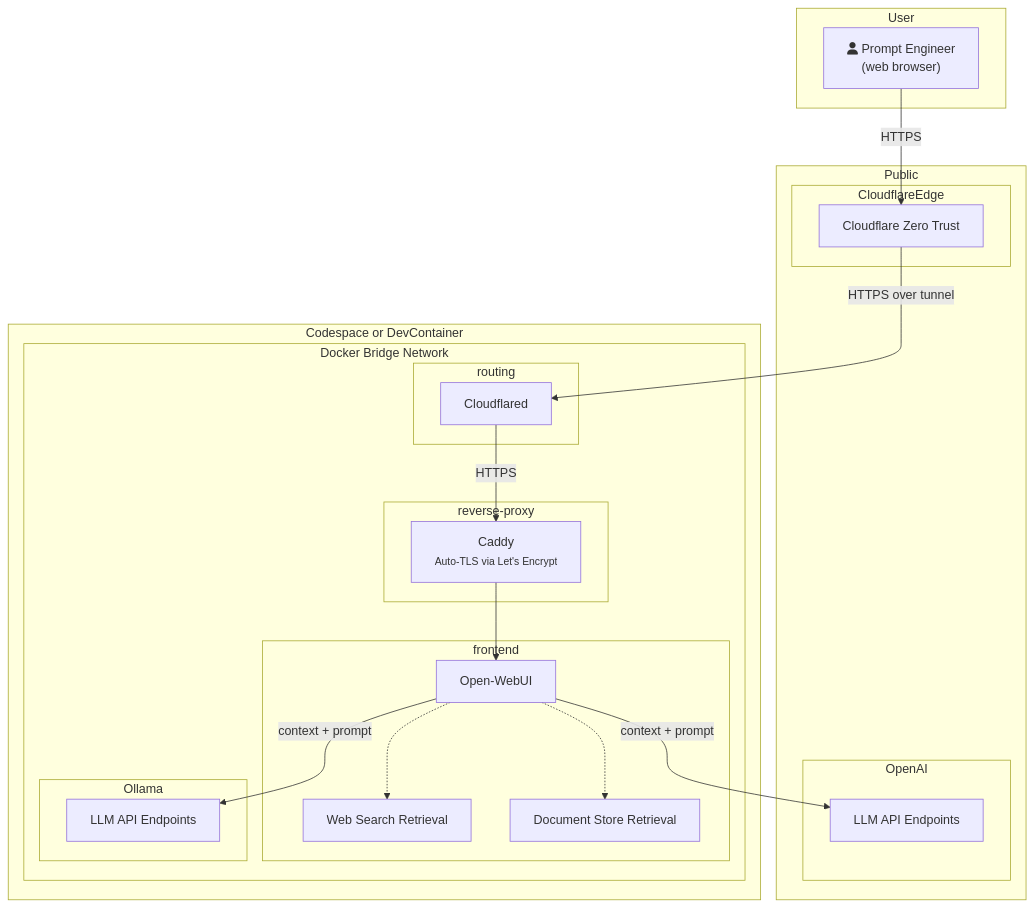
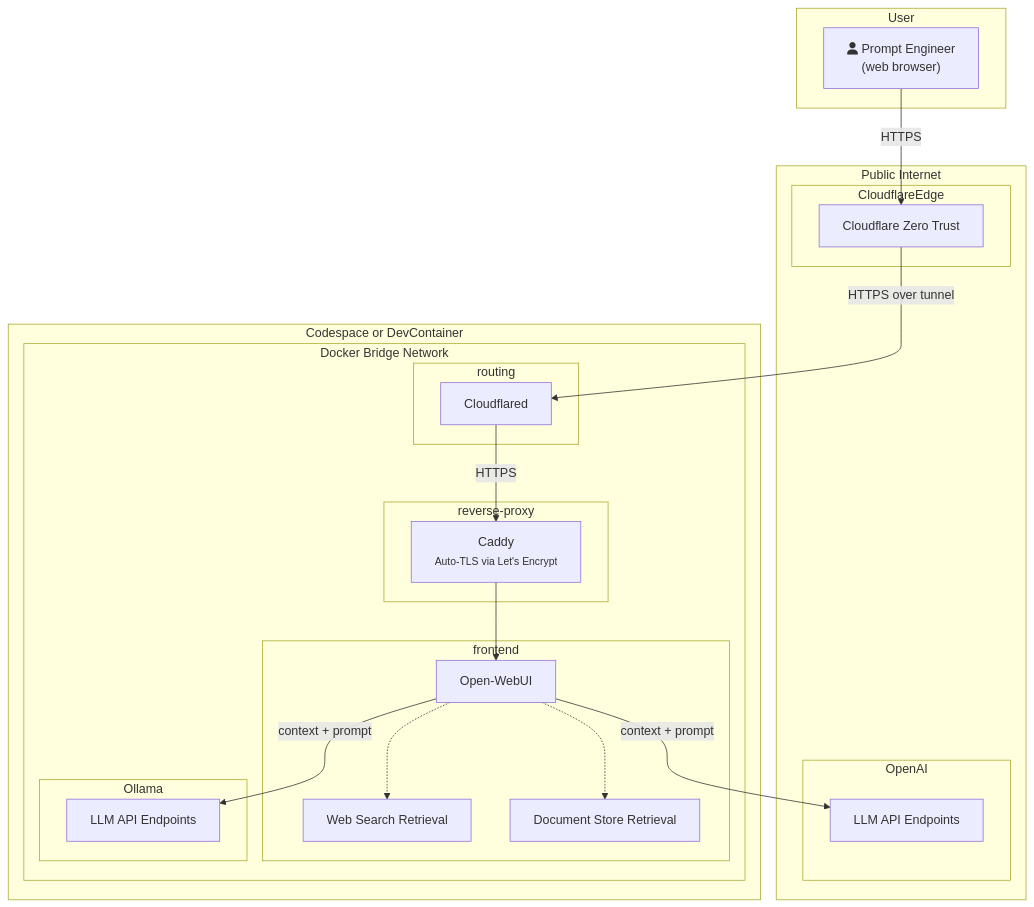
One commit to piky/blog changed the diagram in docs/software-engineering/dev-environment/secure-dev-env/index.md. Above: the diagram before and after it, drawn with Mermaid.

Commit message:
Rename subgraph

````diff
--- a/docs/software-engineering/dev-environment/secure-dev-env/index.md
+++ b/docs/software-engineering/dev-environment/secure-dev-env/index.md
@@ -12,57 +12,57 @@
 ```mermaid
 flowchart TD
     %% External actors
-    subgraph Public
+    subgraph Public Internet
 
         %% Cloudflare side
         subgraph CloudflareEdge
             cf["Cloudflare Zero Trust"]
         end
 
         subgraph OpenAI
             openai["LLM API Endpoints"]
         end
     end
 
     %% End-users
     subgraph User
         user["fa:fa-user Prompt Engineer\n(web browser)"]
     end
 
     %% Corporate network behind firewall
     subgraph Codespace or DevContainer
 
         subgraph Docker Bridge Network
 
             subgraph routing
                 firewall["Cloudflared"]
             end
 
             subgraph reverse-proxy
                 caddy["Caddy \n<small> Auto-TLS via Let's Encrypt</small>"]
             end
 
             subgraph frontend
                 fe_app["Open-WebUI"]
                 rag_web["Web Search Retrieval"]
                 rag_doc["Document Store Retrieval"]
             end
 
             subgraph Ollama
                 ollama["LLM API Endpoints"]
             end
         end
     end
 
     %% Flow
     user  -->|HTTPS| cf
     cf    -->|HTTPS over tunnel| firewall
     firewall -->|HTTPS| caddy
     caddy --> fe_app
 
     fe_app -.-> rag_web
     fe_app -.-> rag_doc
     fe_app -->|context + prompt| ollama
 
     fe_app -->|context + prompt| openai
 ```
````
